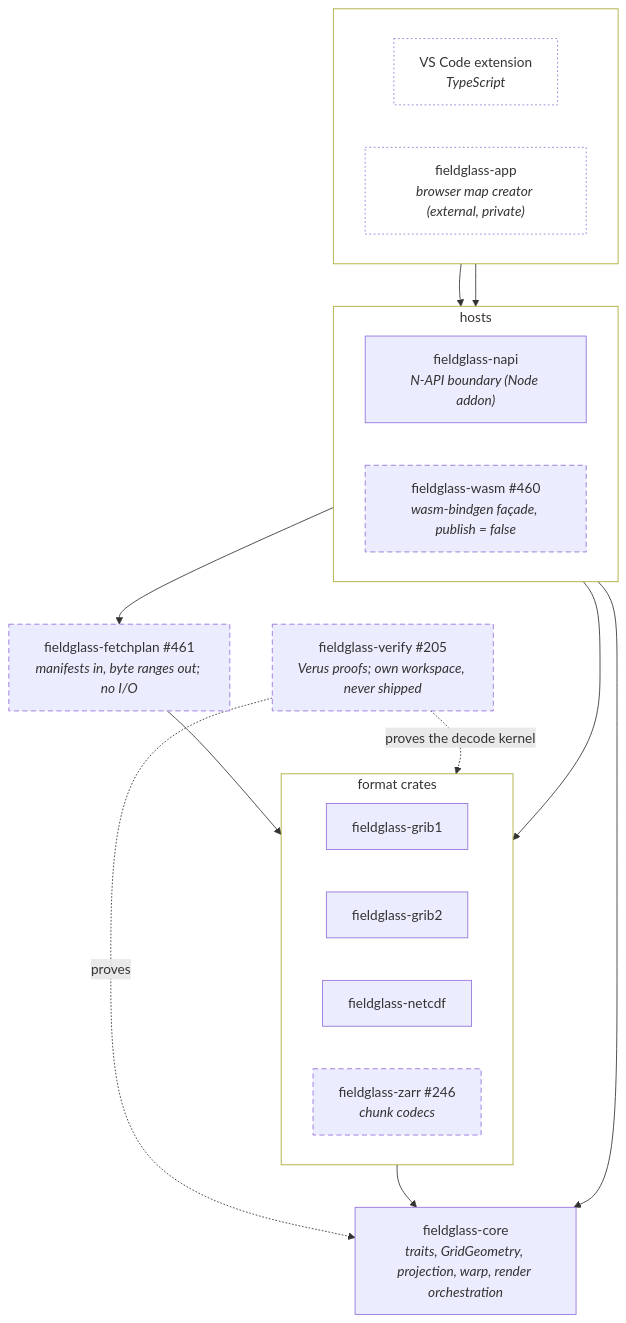
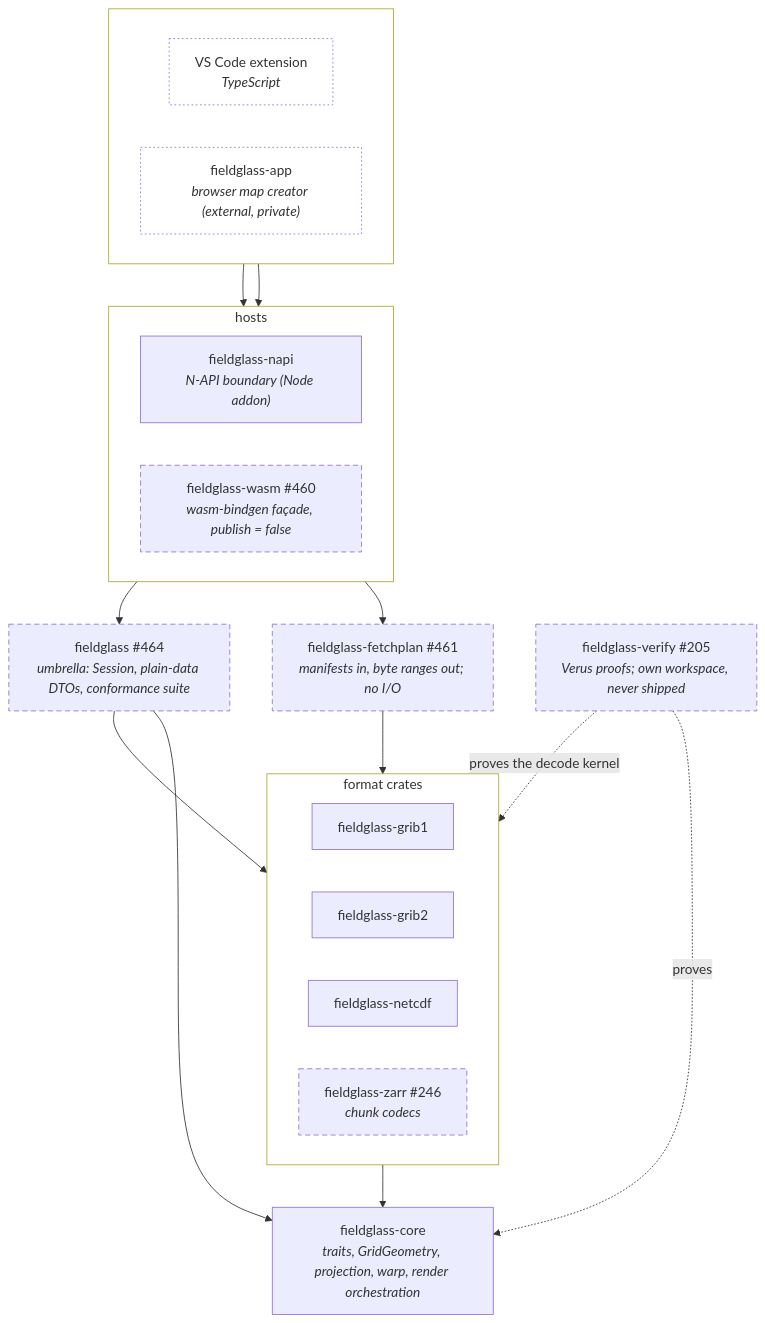
The diagram in docs/architecture/planned/01-crates.md (D0ubleD0uble/fieldglass), drawn with Mermaid before and after one commit. The commit also changed other lines of this file and 6 other files, not shown here.

First line of the commit message:
docs(decisions): ADR-0006 — hosts are derived bindings over a plain-data API

````diff
--- a/docs/architecture/planned/01-crates.md
+++ b/docs/architecture/planned/01-crates.md
@@ -11,40 +11,42 @@
 ```mermaid
 flowchart TB
     subgraph consumers[" "]
         direction LR
         ext["VS Code extension<br/><i>TypeScript</i>"]
         app["fieldglass-app<br/><i>browser map creator (external, private)</i>"]
     end
     subgraph hosts["hosts"]
         direction LR
         napi["fieldglass-napi<br/><i>N-API boundary (Node addon)</i>"]
         wasm["fieldglass-wasm #460<br/><i>wasm-bindgen façade, publish = false</i>"]
     end
     subgraph formats["format crates"]
         direction LR
         grib1["fieldglass-grib1"]
         grib2["fieldglass-grib2"]
         netcdf["fieldglass-netcdf"]
         zarr["fieldglass-zarr #246<br/><i>chunk codecs</i>"]
     end
+    api["fieldglass #464<br/><i>umbrella: Session, plain-data DTOs, conformance suite</i>"]
     fetchplan["fieldglass-fetchplan #461<br/><i>manifests in, byte ranges out; no I/O</i>"]
     core["fieldglass-core<br/><i>traits, GridGeometry, projection, warp, render orchestration</i>"]
     verify["fieldglass-verify #205<br/><i>Verus proofs; own workspace, never shipped</i>"]
 
     ext --> napi
     app --> wasm
-    hosts --> formats
+    hosts --> api
     wasm --> fetchplan
+    api --> formats
+    api --> core
     fetchplan --> grib2
     formats --> core
-    hosts --> core
     verify -. proves the decode kernel .-> formats
     verify -. proves .-> core
 
     classDef planned stroke-dasharray: 6 4
     classDef external fill:none,stroke-dasharray: 2 3
     classDef group fill:none
-    class wasm,fetchplan,zarr,verify planned
+    class wasm,api,fetchplan,zarr,verify planned
     class app,ext external
     class consumers,hosts,formats group
 ```
````
